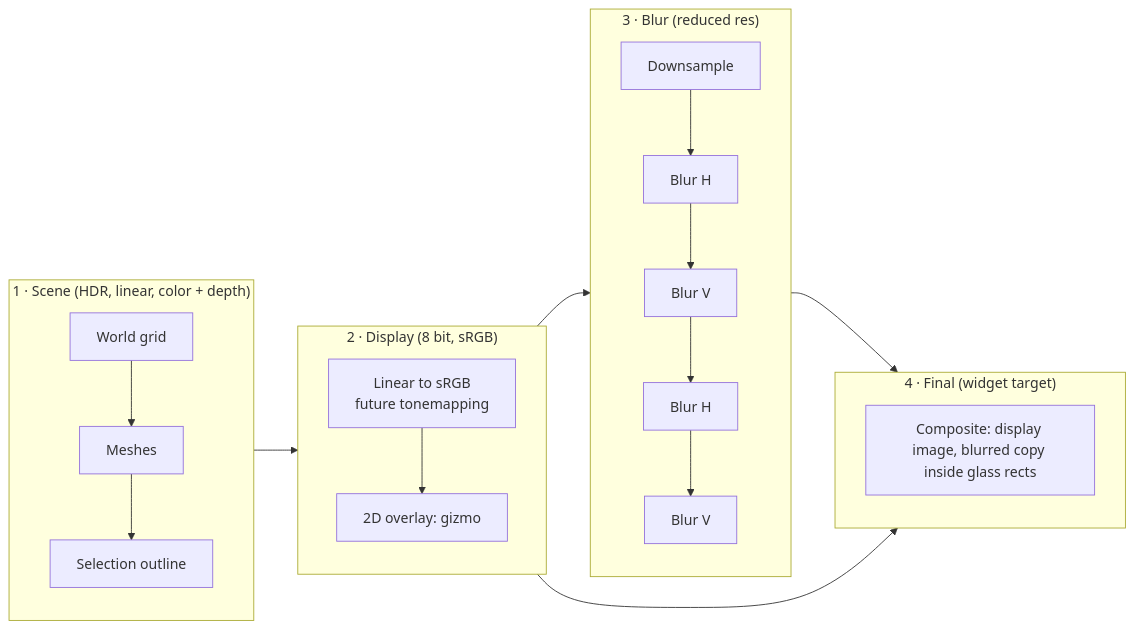
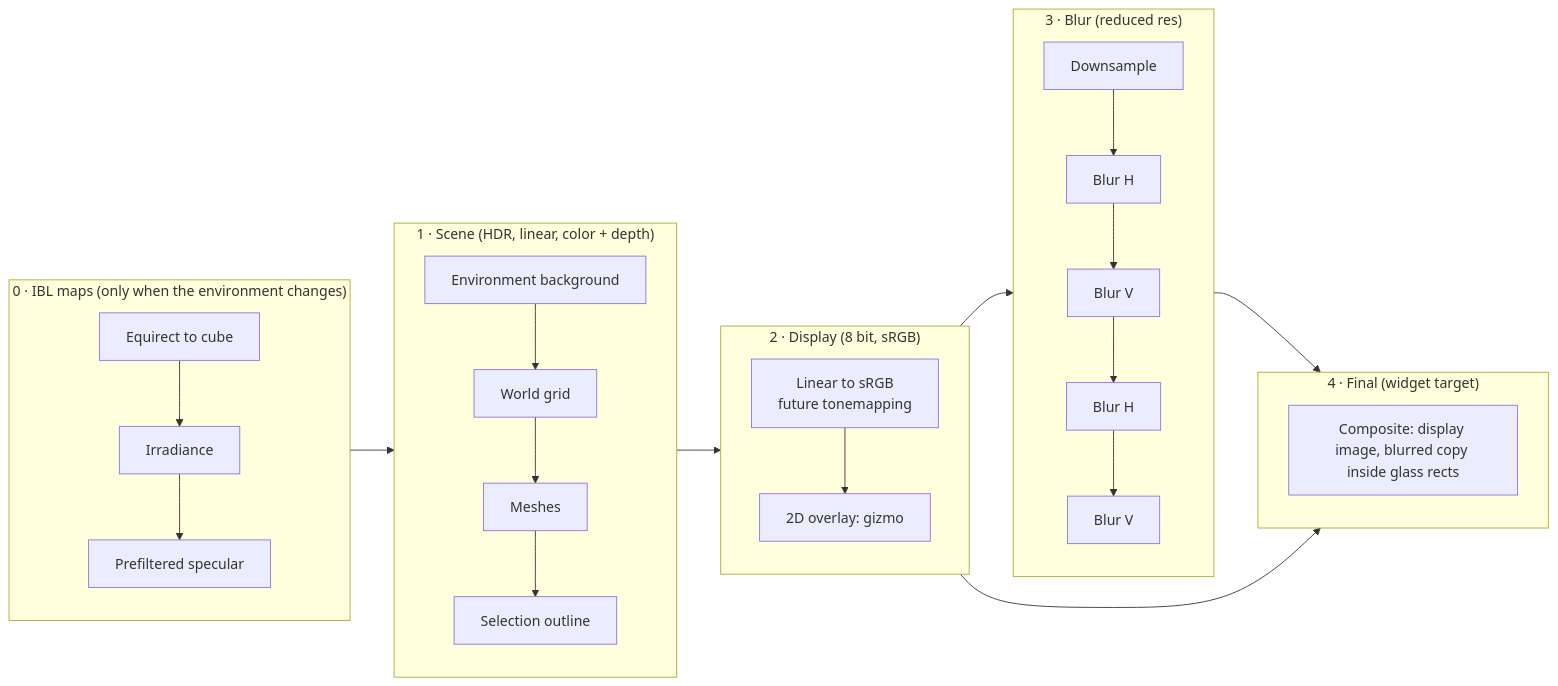
One commit to Dnurr/Lune changed the diagram in docs/rendering.md. Above: the diagram before and after it, drawn with Mermaid. The commit also changed other lines of this file and 32 other files, not shown here.

First line of the commit message:
Environment component and IBL infrastructure

````diff
--- a/docs/rendering.md
+++ b/docs/rendering.md
@@ -18,17 +18,20 @@
 ```mermaid
 flowchart LR
+    subgraph P0["0 &middot; IBL maps (only when the environment changes)"]
+        conv[Equirect to cube] --> irr[Irradiance] --> pre[Prefiltered specular]
+    end
     subgraph P1["1 &middot; Scene (HDR, linear, color + depth)"]
-        grid[World grid] --> meshes[Meshes] --> outline[Selection outline]
+        bg[Environment background] --> grid[World grid] --> meshes[Meshes] --> outline[Selection outline]
     end
     subgraph P2["2 &middot; Display (8 bit, sRGB)"]
         disp[Linear to sRGB<br/>future tonemapping] --> overlay[2D overlay: gizmo]
     end
     subgraph P3["3 &middot; Blur (reduced res)"]
         down[Downsample] --> h1[Blur H] --> v1[Blur V] --> h2[Blur H] --> v2[Blur V]
     end
     subgraph P4["4 &middot; Final (widget target)"]
         comp[Composite: display image, blurred copy inside glass rects]
     end
-    P1 --> P2 --> P3 --> P4
+    P0 --> P1 --> P2 --> P3 --> P4
     P2 --> P4
 ```
````
